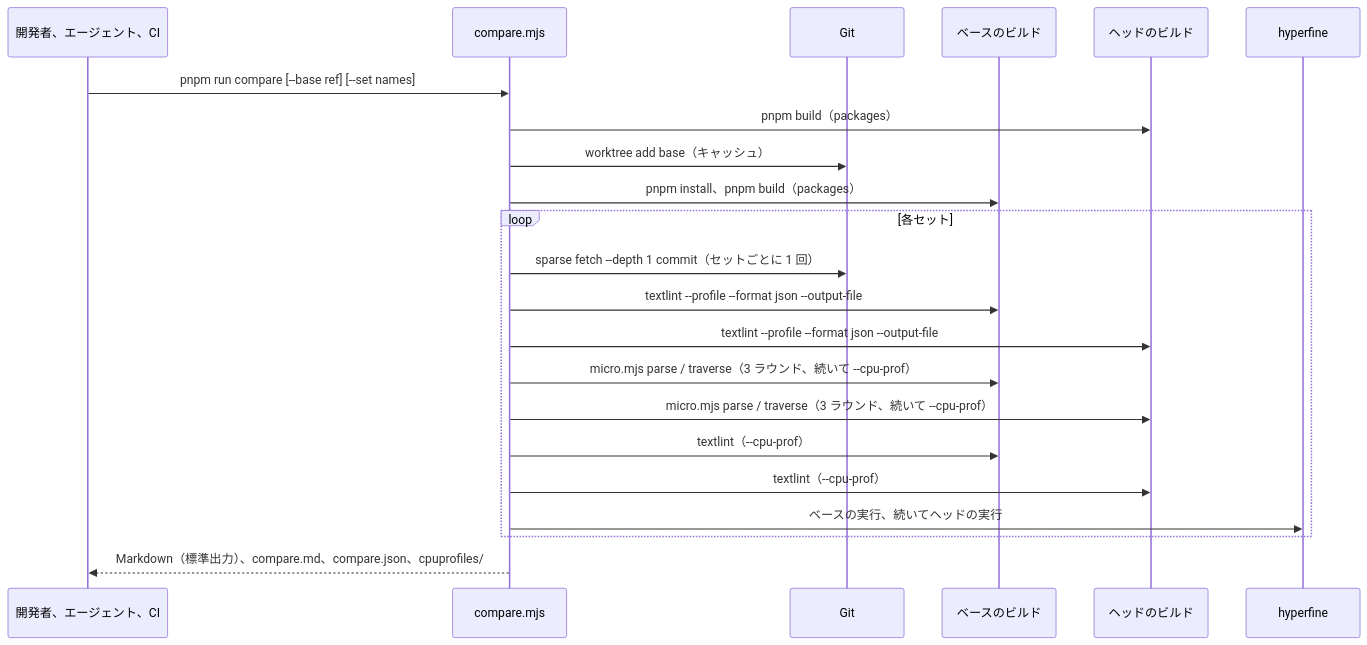
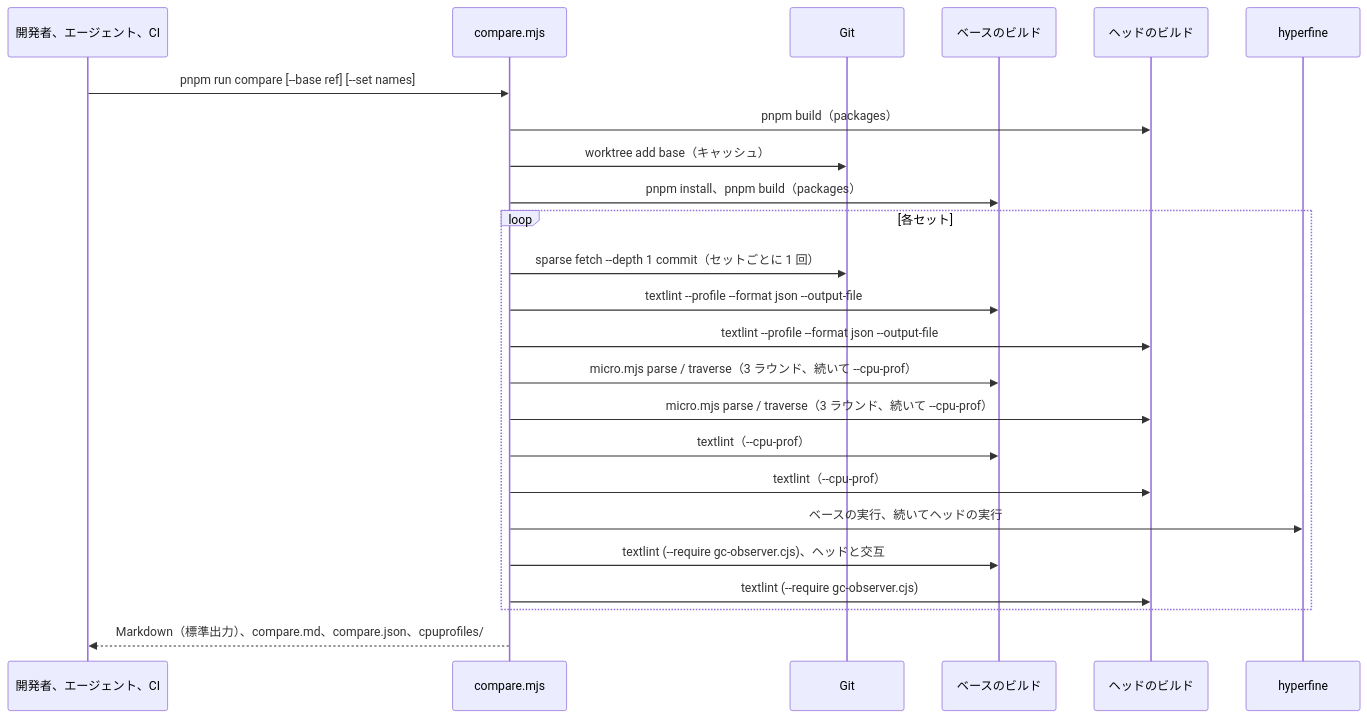
The diagram in docs/products/textlint/features/change-comparison/design.ja.md (textlint/textlint), drawn with Mermaid before and after one commit. The commit also changed other lines of this file and 10 other files, not shown here.

````diff
--- a/docs/products/textlint/features/change-comparison/design.ja.md
+++ b/docs/products/textlint/features/change-comparison/design.ja.md
@@ -55,24 +57,26 @@
 ```mermaid
 sequenceDiagram
     participant Dev as 開発者、エージェント、CI
     participant Script as compare.mjs
     participant Git
     participant Base as ベースのビルド
     participant Head as ヘッドのビルド
     participant HF as hyperfine
     Dev->>Script: pnpm run compare [--base ref] [--set names]
     Script->>Head: pnpm build（packages）
     Script->>Git: worktree add base（キャッシュ）
     Script->>Base: pnpm install、pnpm build（packages）
     loop 各セット
         Script->>Git: sparse fetch --depth 1 commit（セットごとに 1 回）
         Script->>Base: textlint --profile --format json --output-file
         Script->>Head: textlint --profile --format json --output-file
         Script->>Base: micro.mjs parse / traverse（3 ラウンド、続いて --cpu-prof）
         Script->>Head: micro.mjs parse / traverse（3 ラウンド、続いて --cpu-prof）
         Script->>Base: textlint（--cpu-prof）
         Script->>Head: textlint（--cpu-prof）
         Script->>HF: ベースの実行、続いてヘッドの実行
+        Script->>Base: textlint (--require gc-observer.cjs)、ヘッドと交互
+        Script->>Head: textlint (--require gc-observer.cjs)
     end
     Script-->>Dev: Markdown（標準出力）、compare.md、compare.json、cpuprofiles/
 ```
````
